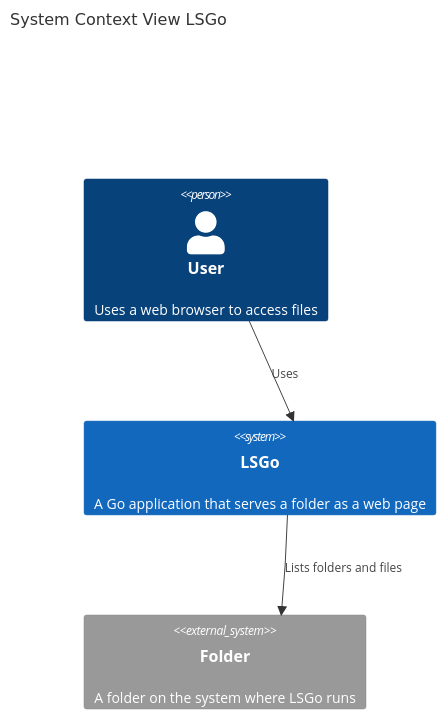
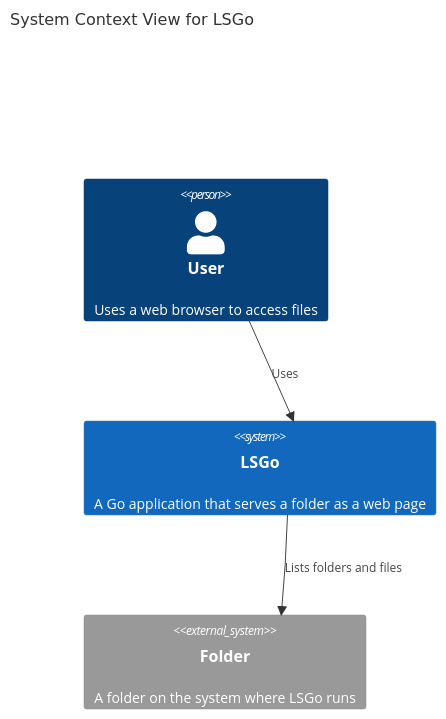
Before and after one commit to mszalbach/lsgo: the first of 2 diagrams in docs/architecture.md, drawn with Mermaid. The commit also changed other lines of this file, not shown here.

````diff
--- a/docs/architecture.md
+++ b/docs/architecture.md
@@ -3,12 +3,12 @@
 ```mermaid
 C4Context
-    title System Context View LSGo 
+    title System Context View for LSGo
     Person(user, "User", "Uses a web browser to access files")
     System(lsgo, "LSGo", "A Go application that serves a folder as a web page")
     System_Ext(folder, "Folder", "A folder on the system where LSGo runs")
-    
+
     Rel(user, lsgo, "Uses")
     Rel(lsgo, folder, "Lists folders and files")
 
     UpdateLayoutConfig($c4ShapeInRow="1", $c4BoundaryInRow="1")
 ```
````
